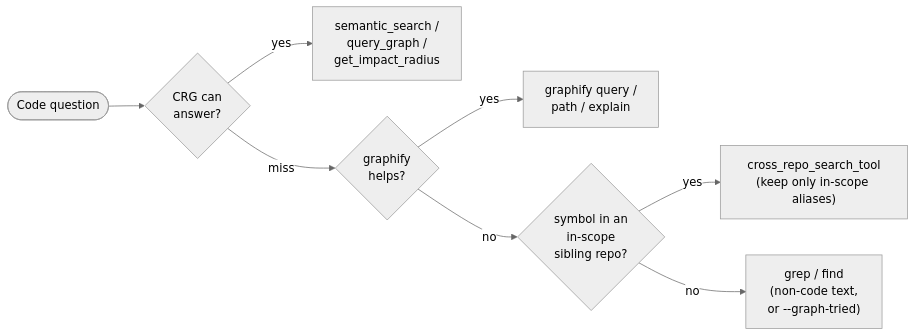
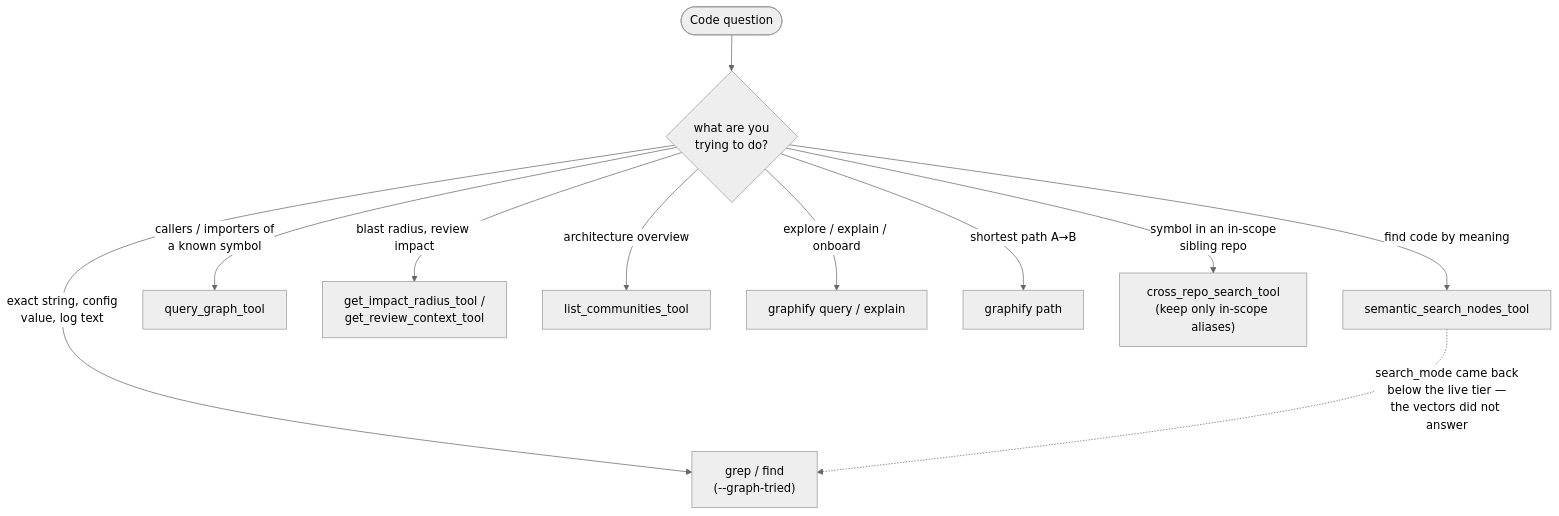
Before and after one commit to xyzxyz442/x442-skills: the second of 8 diagrams in docs/graph-tools-during-development.md, drawn with Mermaid (neutral theme). The commit also changed other lines of this file and 1 other file, not shown here.

````diff
--- a/docs/graph-tools-during-development.md
+++ b/docs/graph-tools-during-development.md
@@ -115,10 +115,13 @@
 ```mermaid
-flowchart LR
-    start([Code question]) --> crg{CRG can<br/>answer?}
-    crg -->|yes| A["semantic_search /<br/>query_graph /<br/>get_impact_radius"]
-    crg -->|miss| gfy{graphify<br/>helps?}
-    gfy -->|yes| B["graphify query /<br/>path / explain"]
-    gfy -->|no| xr{"symbol in an<br/>in-scope<br/>sibling repo?"}
-    xr -->|yes| C["cross_repo_search_tool<br/>(keep only in-scope aliases)"]
-    xr -->|no| grep["grep / find<br/>(non-code text,<br/>or --graph-tried)"]
+flowchart TD
+    start([Code question]) --> q{"what are you<br/>trying to do?"}
+    q -->|"find code by meaning"| A["semantic_search_nodes_tool"]
+    q -->|"callers / importers of<br/>a known symbol"| B["query_graph_tool"]
+    q -->|"blast radius, review impact"| C["get_impact_radius_tool /<br/>get_review_context_tool"]
+    q -->|"architecture overview"| D["list_communities_tool"]
+    q -->|"explore / explain / onboard"| E["graphify query / explain"]
+    q -->|"shortest path A→B"| F["graphify path"]
+    q -->|"symbol in an in-scope<br/>sibling repo"| G["cross_repo_search_tool<br/>(keep only in-scope aliases)"]
+    q -->|"exact string, config<br/>value, log text"| H["grep / find<br/>(--graph-tried)"]
+    A -.->|"search_mode came back<br/>below the live tier —<br/>the vectors did not answer"| H
 ```
````
